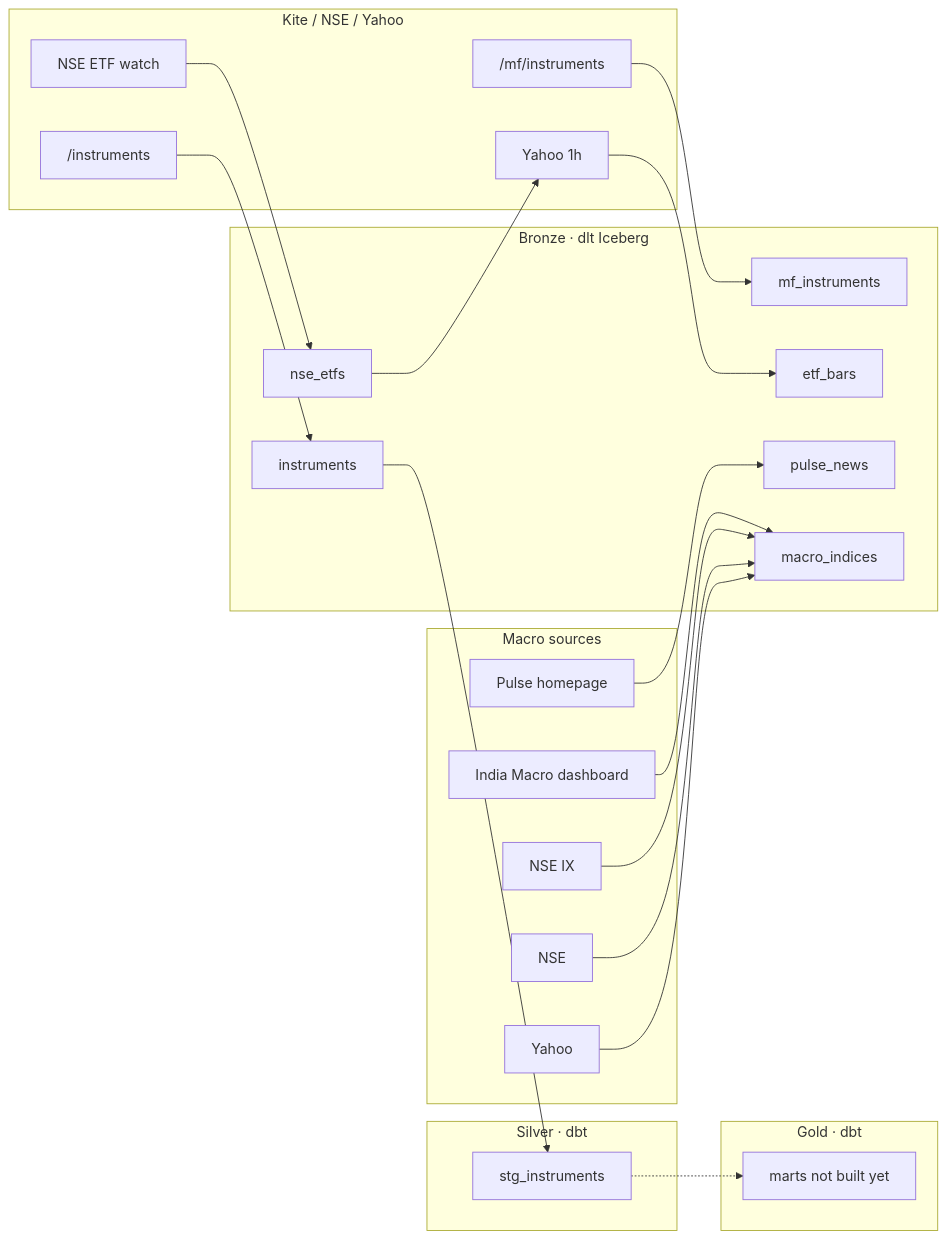
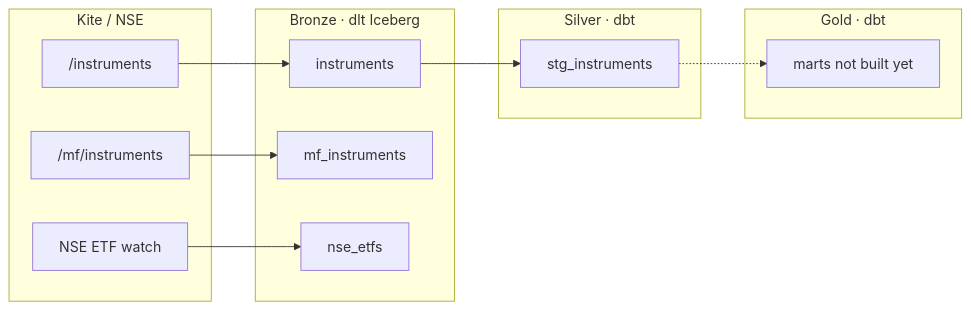
The second of 5 diagrams in README.md (kunal-dey/investment-data-products), drawn with Mermaid before and after one commit. The commit also changed other lines of this file and 9 other files, not shown here.

````diff
--- a/README.md
+++ b/README.md
@@ -73,43 +69,26 @@
 ```mermaid
 flowchart LR
-  subgraph kiteSrc["Kite / NSE / Yahoo"]
+  subgraph kiteSrc["Kite / NSE"]
     KI["/instruments"]
     MF["/mf/instruments"]
     ETF["NSE ETF watch"]
-    YF["Yahoo 1h"]
-  end
-
-  subgraph macroSrc["Macro sources"]
-    Pulse["Pulse homepage"]
-    Dash["India Macro dashboard"]
-    Nseix["NSE IX"]
-    Nse["NSE"]
-    Yahoo["Yahoo"]
   end
 
   subgraph bronze["Bronze · dlt Iceberg"]
     B1["instruments"]
     B2["mf_instruments"]
     ET["nse_etfs"]
-    EB["etf_bars"]
-    PN["pulse_news"]
-    MI["macro_indices"]
   end
 
   subgraph silver["Silver · dbt"]
     S1["stg_instruments"]
   end
 
   subgraph gold["Gold · dbt"]
     G1["marts not built yet"]
   end
 
   KI --> B1 --> S1 -.-> G1
   MF --> B2
-  ETF --> ET --> YF --> EB
-  Pulse --> PN
-  Dash --> MI
-  Nseix --> MI
-  Nse --> MI
-  Yahoo --> MI
+  ETF --> ET
 ```
````
